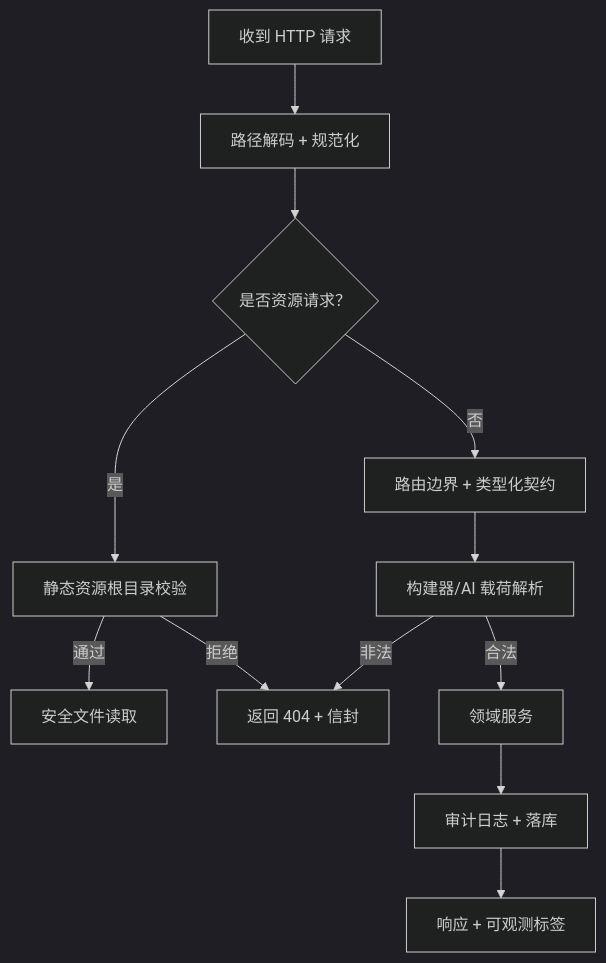
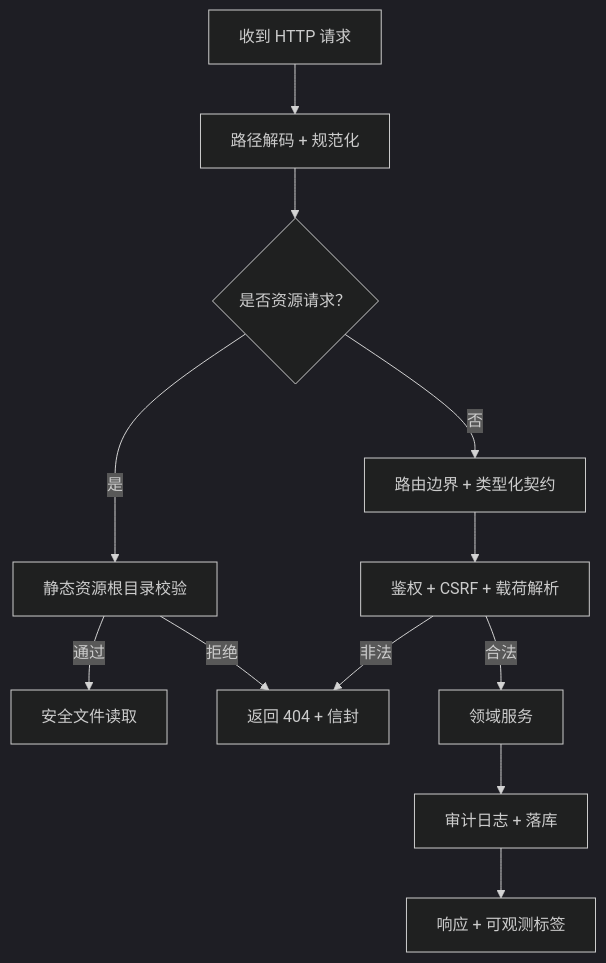
One commit to d4551/tea changed diagram 16 of 16 in README.md. Above: the diagram before and after it, drawn with Mermaid (dark theme). The commit also changed other lines of this file and 151 other files, not shown here.

````diff
--- a/README.md
+++ b/README.md
@@ -781,14 +829,14 @@
 ```mermaid
 flowchart TD
   S0[收到 HTTP 请求] --> S1[路径解码 + 规范化]
   S1 --> S2{是否资源请求？}
   S2 -->|是| S3[静态资源根目录校验]
   S2 -->|否| S4[路由边界 + 类型化契约]
   S3 -->|通过| S5[安全文件读取]
   S3 -->|拒绝| S6[返回 404 + 信封]
-  S4 --> S7[构建器/AI 载荷解析]
+  S4 --> S7[鉴权 + CSRF + 载荷解析]
   S7 -->|非法| S6
   S7 -->|合法| S8[领域服务]
   S8 --> S9[审计日志 + 落库]
   S9 --> S10[响应 + 可观测标签]
 ```
````
